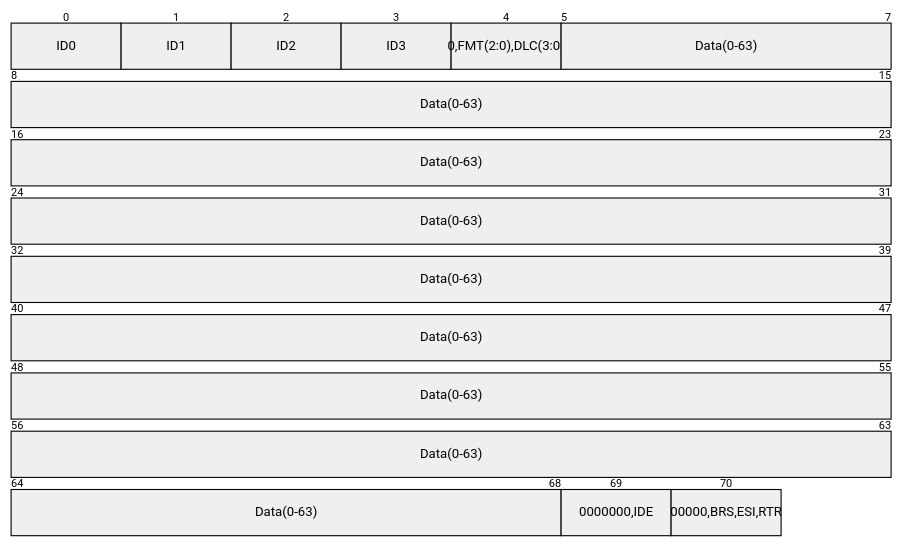
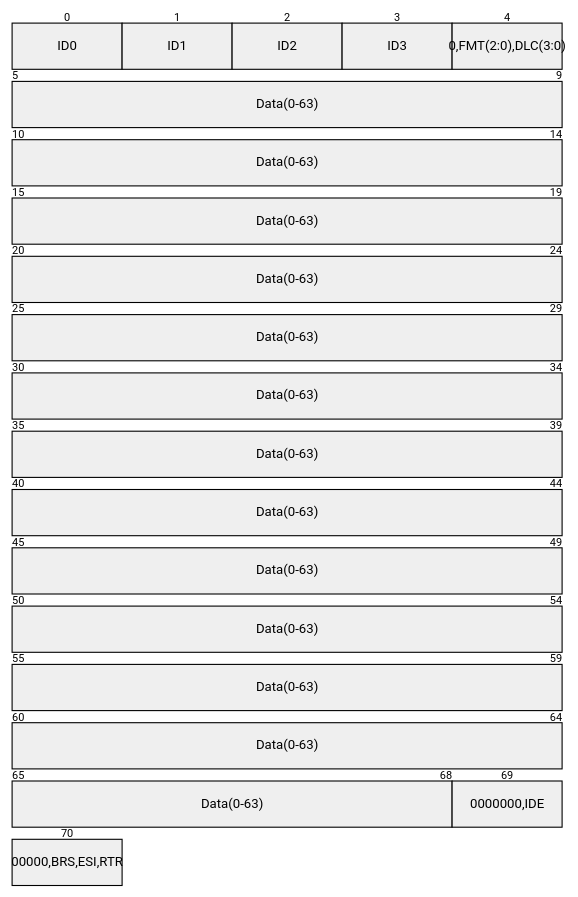
The first of 3 diagrams in docs/report.md (madsr2d2/beng_thesis), drawn with Mermaid before and after one commit. The commit also changed other lines of this file and 2 other files, not shown here.

````diff
--- a/docs/report.md
+++ b/docs/report.md
@@ -287,26 +286,26 @@
 ```{.mermaid #fig:llc-frame-revised caption="Maximum length revised LLC Frame format with FD support."}
 ---
 look: classic
 config:
   theme: neutral
   themeVariables:
     fontFamily: "Libertinus Serif, Noto Serif, serif"
     fontSize: "14px"
   packet:
-    bitsPerRow: 8
+    bitsPerRow: 5
     bitWidth: 100
     rowHeight: 42
     showBits: true
     paddingX: 0
     paddingY: 1
 ---
 packet
 +1: "ID0"
 +1: "ID1"
 +1: "ID2"
 +1: "ID3"
 +1: "0,FMT(2:0),DLC(3:0)"
 +64: "Data(0-63)"
 +1: "0000000,IDE"
 +1: "00000,BRS,ESI,RTR"
 ```
````
